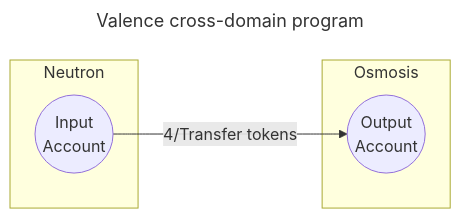
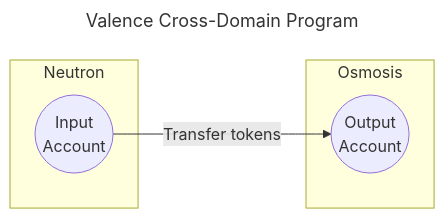
The diagram in docs/src/components/domains.md (timewave-computer/valence-protocol), drawn with Mermaid before and after one commit. The commit also changed other lines of this file, not shown here.

````diff
--- a/docs/src/components/domains.md
+++ b/docs/src/components/domains.md
@@ -15,16 +15,16 @@
 ```mermaid
 ---
-title: Valence cross-domain program
+title: Valence Cross-Domain Program
 ---
 graph LR
   IA((Input
       Account))
   OA((Output
 		  Account))
   subgraph Neutron
   IA
   end
   subgraph Osmosis
-  IA -- 4/Transfer tokens --> OA
+  IA -- Transfer tokens --> OA
   end
 ```
````
